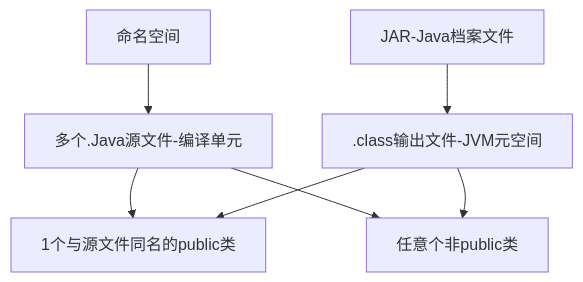
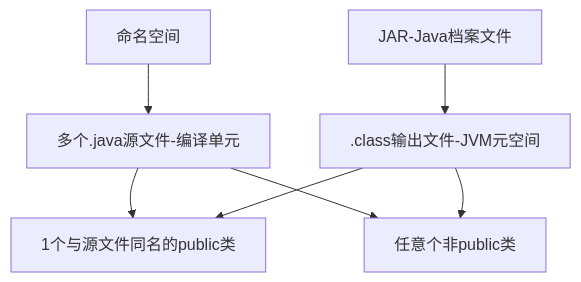
The diagram in Java/Java基础/06.访问控制（实现隐藏、封装）.md (jinlemon7/learning_Display), drawn with Mermaid before and after one commit. The commit also changed other lines of this file, not shown here.

````diff
--- a/Java/Java基础/06.访问控制（实现隐藏、封装）.md
+++ b/Java/Java基础/06.访问控制（实现隐藏、封装）.md
@@ -3,10 +3,10 @@
   ```mermaid
   graph TD;
-  命名空间 --> 多个.Java源文件-编译单元;
-  多个.Java源文件-编译单元 --> 1个与源文件同名的public类;
-  多个.Java源文件-编译单元 --> 任意个非public类;
+  命名空间 --> 多个.java源文件-编译单元;
+  多个.java源文件-编译单元 --> 1个与源文件同名的public类;
+  多个.java源文件-编译单元 --> 任意个非public类;
 
   JAR-Java档案文件 --> .class输出文件-JVM元空间;
   .class输出文件-JVM元空间 --> 1个与源文件同名的public类;
   .class输出文件-JVM元空间 --> 任意个非public类;
   ```
````
